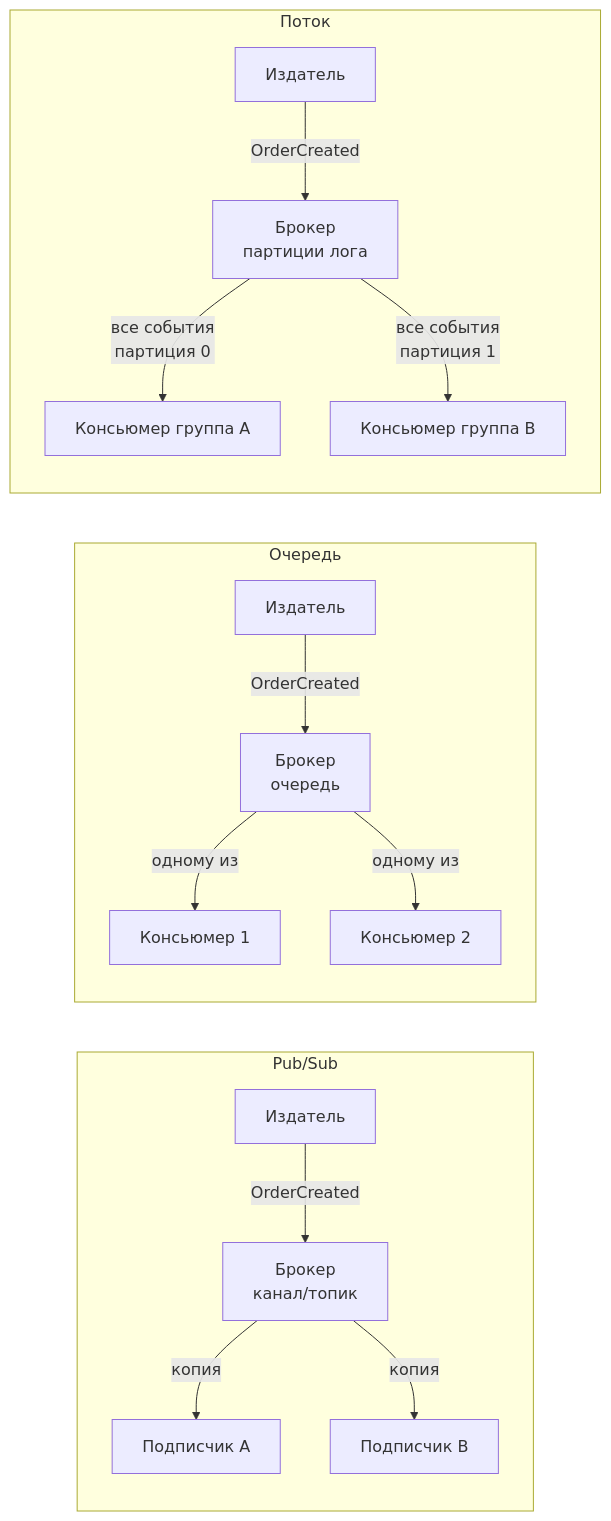
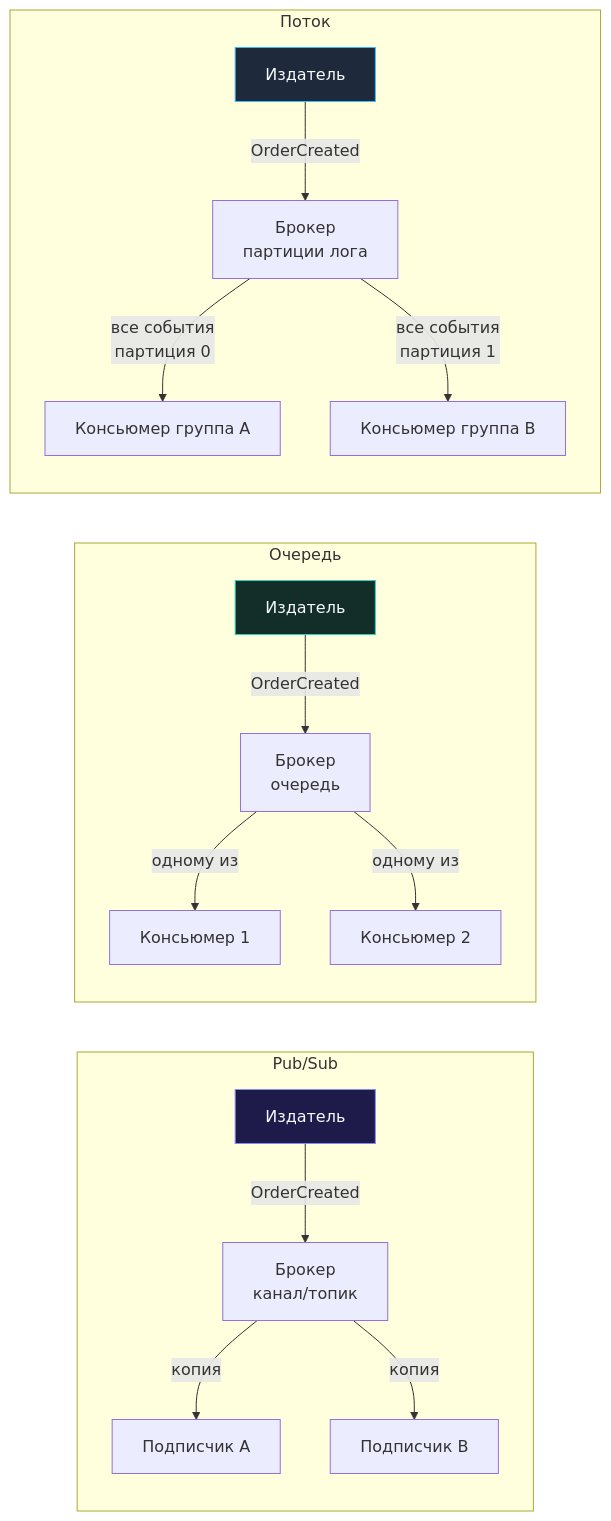
The diagram in sources/11. Архитектура и System Design/22. Pub Sub, Queue, Stream модели.md (UnrealTemplier/go-textbook), drawn with Mermaid before and after one commit. The commit also changed 1666 other files, not shown here.

First line of the commit message:
feat(mermaid): add semantic color classDef to 1369 colorless flowchart/graph diagrams

````diff
--- a/sources/11. Архитектура и System Design/22. Pub Sub, Queue, Stream модели.md
+++ b/sources/11. Архитектура и System Design/22. Pub Sub, Queue, Stream модели.md
@@ -13,20 +13,30 @@
 ```mermaid
 flowchart LR
+    classDef process  fill:#1e293b,stroke:#38bdf8,stroke-width:1px,color:#f8fafc
+    classDef success  fill:#064e3b,stroke:#34d399,stroke-width:1px,color:#f8fafc
+    classDef error    fill:#7f1d1d,stroke:#f87171,stroke-width:1px,color:#f8fafc
+    classDef warning  fill:#78350f,stroke:#fbbf24,stroke-width:1px,color:#f8fafc
+    classDef entry    fill:#1e3a5f,stroke:#38bdf8,stroke-width:2px,color:#f8fafc
+    classDef aux      fill:#334155,stroke:#64748b,stroke-width:1px,color:#f8fafc
+    classDef system   fill:#312e81,stroke:#a78bfa,stroke-width:1px,color:#f8fafc
+    classDef data     fill:#132d29,stroke:#2dd4bf,stroke-width:1px,color:#f8fafc
+    classDef network  fill:#881337,stroke:#fb7185,stroke-width:1px,color:#f8fafc
+    classDef accent   fill:#1e1b4b,stroke:#818cf8,stroke-width:1px,color:#f8fafc
     subgraph PubSub["Pub/Sub"]
-        PS_Pub["Издатель"] -->|"OrderCreated"| PS_Broker["Брокер<br>канал/топик"]
+        PS_Pub["Издатель"]:::accent -->|"OrderCreated"| PS_Broker["Брокер<br>канал/топик"]
         PS_Broker -->|"копия"| PS_Sub1["Подписчик A"]
         PS_Broker -->|"копия"| PS_Sub2["Подписчик B"]
     end
 
     subgraph Queue["Очередь"]
-        Q_Pub["Издатель"] -->|"OrderCreated"| Q_Broker["Брокер<br>очередь"]
+        Q_Pub["Издатель"]:::data -->|"OrderCreated"| Q_Broker["Брокер<br>очередь"]
         Q_Broker -->|"одному из"| Q_Con1["Консьюмер 1"]
         Q_Broker -->|"одному из"| Q_Con2["Консьюмер 2"]
     end
 
     subgraph Stream["Поток"]
-        ST_Pub["Издатель"] -->|"OrderCreated"| ST_Broker["Брокер<br>партиции лога"]
+        ST_Pub["Издатель"]:::process -->|"OrderCreated"| ST_Broker["Брокер<br>партиции лога"]
         ST_Broker -->|"все события<br>партиция 0"| ST_Con1["Консьюмер группа A"]
         ST_Broker -->|"все события<br>партиция 1"| ST_Con2["Консьюмер группа B"]
     end
 ```
````
